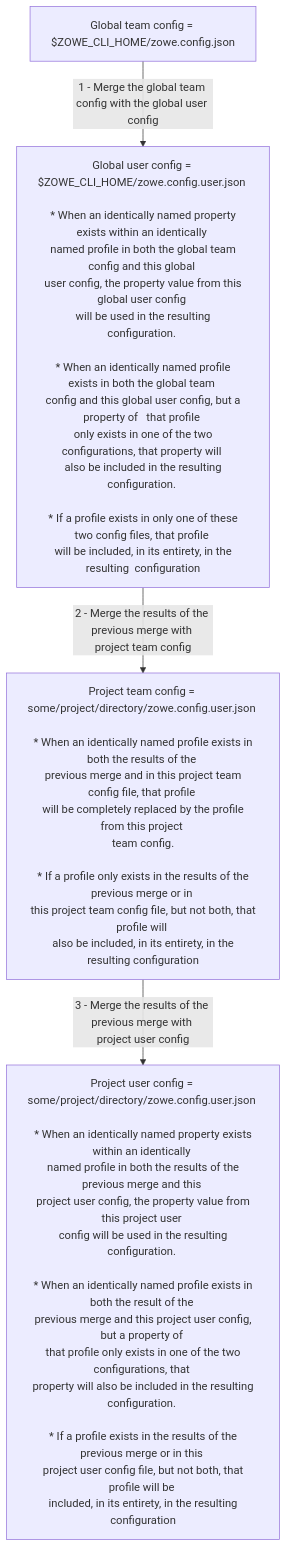
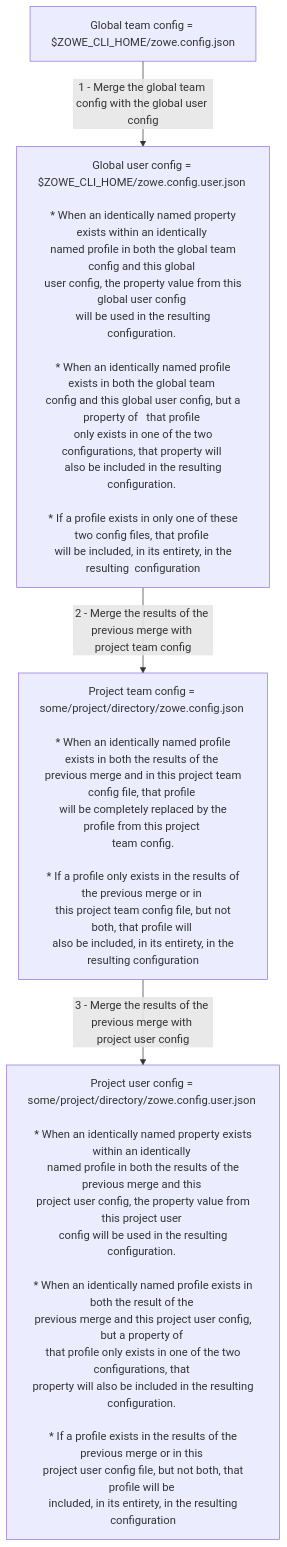
One commit to zowe/zowe-cli changed the diagram in docs/How_config_files_are_merged.md. Above: the diagram before and after it, drawn with Mermaid. The commit also changed other lines of this file, not shown here.

Commit message:
Fix zowe.config.user.json to zowe.config.json

````diff
--- a/docs/How_config_files_are_merged.md
+++ b/docs/How_config_files_are_merged.md
@@ -44,14 +44,14 @@
 ```mermaid
 flowchart TB
     globTeam[Global team config = $ZOWE_CLI_HOME/zowe.config.json]
       -- 1 - Merge the global team config with the global user config
       --> globUser[Global user config = $ZOWE_CLI_HOME/zowe.config.user.json \n\n * When an identically named property exists within an identically \n named profile in both the global team config and this global \n user config, the property value from this global user config \n will be used in the resulting configuration. \n\n * When an identically named profile exists in both the global team \n config and this global user config, but a property of   that profile \n only exists in one of the two configurations, that property will \n also be included in the resulting configuration. \n\n * If a profile exists in only one of these two config files, that profile \n will be included, in its entirety, in the resulting  configuration]
 
     globUser
       -- 2 - Merge the results of the previous merge with project team config
-      --> projTeam[Project team config = some/project/directory/zowe.config.user.json \n\n * When an identically named profile exists in both the results of the \n previous merge and in this project team config file, that profile \n will be completely replaced by the profile from this project \n team config. \n\n * If a profile only exists in the results of the previous merge or in \n this project team config file, but not both, that profile will \n also be included, in its entirety, in the resulting configuration]
+      --> projTeam[Project team config = some/project/directory/zowe.config.json \n\n * When an identically named profile exists in both the results of the \n previous merge and in this project team config file, that profile \n will be completely replaced by the profile from this project \n team config. \n\n * If a profile only exists in the results of the previous merge or in \n this project team config file, but not both, that profile will \n also be included, in its entirety, in the resulting configuration]
 
     projTeam
       -- 3 - Merge the results of the previous merge with project user config
       --> projUser[Project user config = some/project/directory/zowe.config.user.json \n\n * When an identically named property exists within an identically \n named profile in both the results of the previous merge and this \n project user config, the property value from this project user \n config will be used in the resulting configuration. \n\n * When an identically named profile exists in both the result of the \n previous merge and this project user config, but a property of \n that profile only exists in one of the two configurations, that \n property will also be included in the resulting configuration. \n\n * If a profile exists in the results of the previous merge or in this \n project user config file, but not both, that profile will be \n included, in its entirety, in the resulting configuration]
 ```
````
